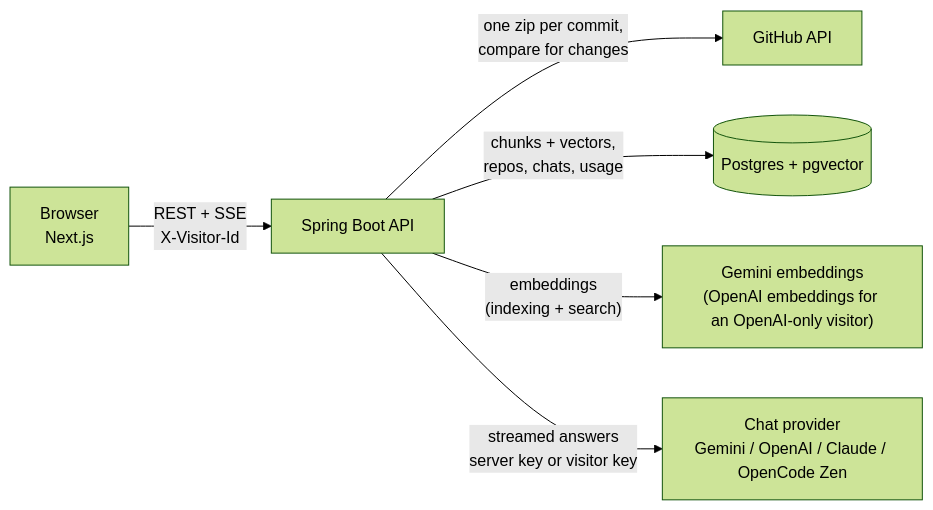
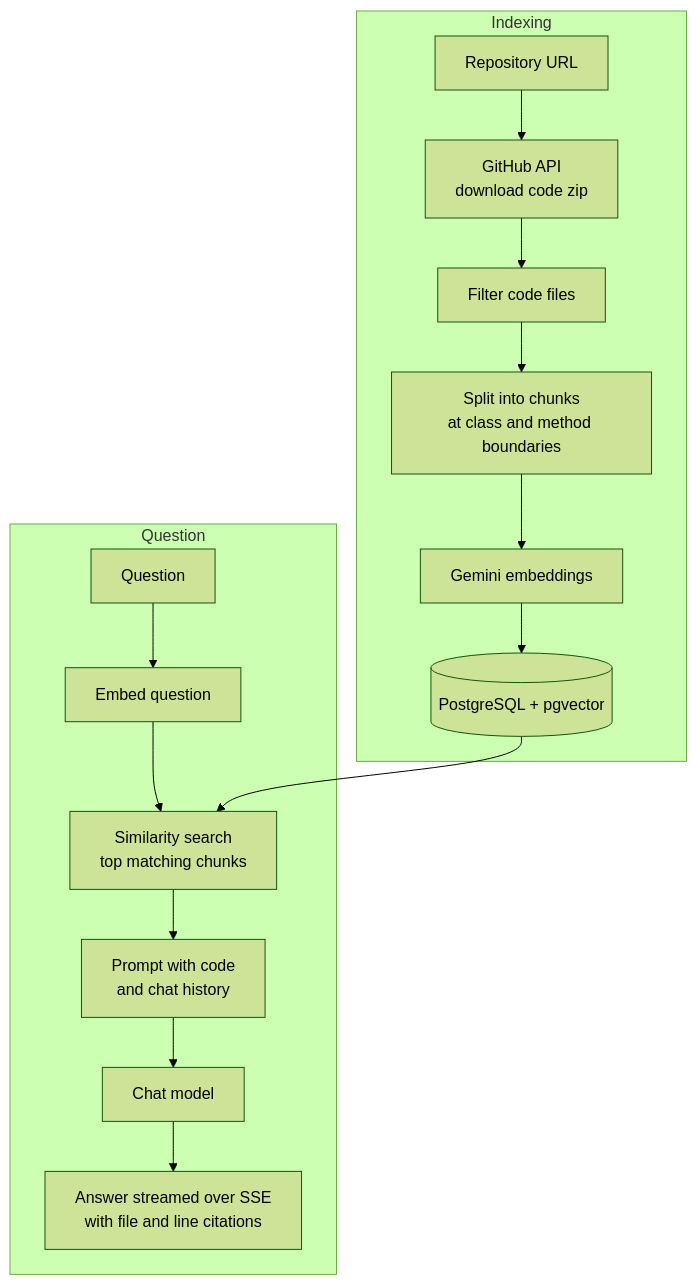
Before and after one commit to Darshan-dev57/devPilot: the diagram in README.md, drawn with Mermaid (forest theme). The commit also changed other lines of this file, not shown here.

````diff
--- a/README.md
+++ b/README.md
@@ -96,8 +41,18 @@
 ```mermaid
-flowchart LR
-  B["Browser<br/>Next.js"] -- "REST + SSE<br/>X-Visitor-Id" --> API["Spring Boot API"]
-  API -- "one zip per commit,<br/>compare for changes" --> GH["GitHub API"]
-  API -- "chunks + vectors,<br/>repos, chats, usage" --> PG[("Postgres + pgvector")]
-  API -- "embeddings<br/>(indexing + search)" --> EMB["Gemini embeddings<br/>(OpenAI embeddings for an OpenAI-only visitor)"]
-  API -- "streamed answers<br/>server key or visitor key" --> CHAT["Chat provider<br/>Gemini / OpenAI / Claude / OpenCode Zen"]
+flowchart TB
+  subgraph Indexing
+    A["Repository URL"] --> B["GitHub API<br/>download code zip"]
+    B --> C["Filter code files"]
+    C --> D["Split into chunks<br/>at class and method boundaries"]
+    D --> E["Gemini embeddings"]
+    E --> F[("PostgreSQL + pgvector")]
+  end
+  subgraph Question
+    Q["Question"] --> G["Embed question"]
+    G --> H["Similarity search<br/>top matching chunks"]
+    F --> H
+    H --> I["Prompt with code<br/>and chat history"]
+    I --> J["Chat model"]
+    J --> K["Answer streamed over SSE<br/>with file and line citations"]
+  end
 ```
````
